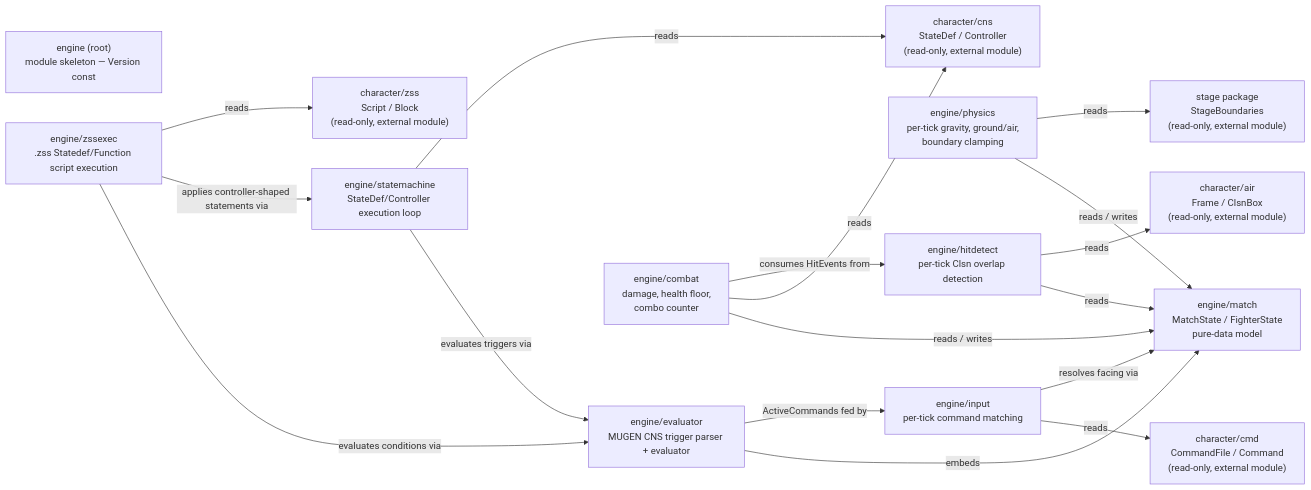
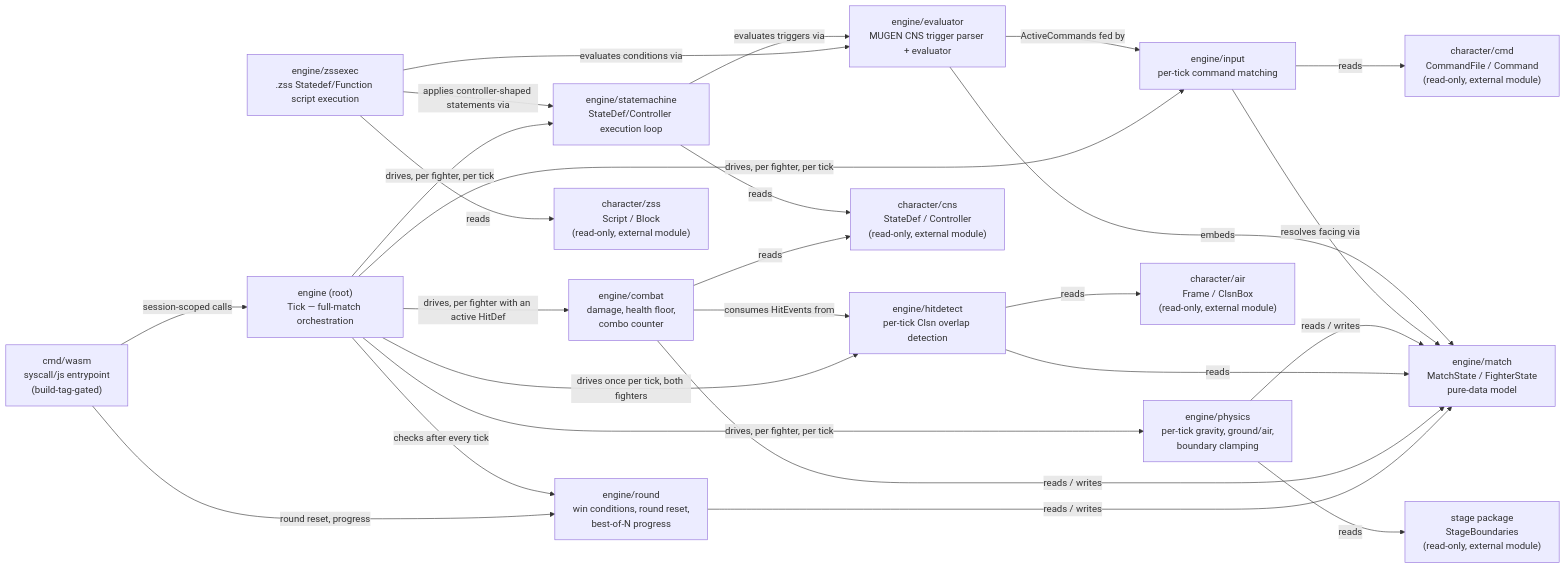
One commit to openkakutou/engine changed the first of 2 diagrams in docs/architecture.md. Above: the diagram before and after it, drawn with Mermaid. The commit also changed other lines of this file and 21 other files, not shown here.

First line of the commit message:
feat: implement round/match flow, WASM entrypoint, and fixture-driven integration test

````diff
--- a/docs/architecture.md
+++ b/docs/architecture.md
@@ -7,34 +7,45 @@
 ```mermaid
 graph LR
-    root["engine (root)<br/>module skeleton — Version const"]
+    root["engine (root)<br/>Tick — full-match orchestration"]
     match["engine/match<br/>MatchState / FighterState<br/>pure-data model"]
     evaluator["engine/evaluator<br/>MUGEN CNS trigger parser + evaluator"]
     statemachine["engine/statemachine<br/>StateDef/Controller execution loop"]
     zssexec["engine/zssexec<br/>.zss Statedef/Function script execution"]
     inputpkg["engine/input<br/>per-tick command matching"]
     physicspkg["engine/physics<br/>per-tick gravity, ground/air,<br/>boundary clamping"]
     hitdetectpkg["engine/hitdetect<br/>per-tick Clsn overlap detection"]
     combatpkg["engine/combat<br/>damage, health floor,<br/>combo counter"]
+    roundpkg["engine/round<br/>win conditions, round reset,<br/>best-of-N progress"]
+    wasm["cmd/wasm<br/>syscall/js entrypoint<br/>(build-tag-gated)"]
     cns["character/cns<br/>StateDef / Controller<br/>(read-only, external module)"]
     cmd["character/cmd<br/>CommandFile / Command<br/>(read-only, external module)"]
     zss["character/zss<br/>Script / Block<br/>(read-only, external module)"]
     air["character/air<br/>Frame / ClsnBox<br/>(read-only, external module)"]
     stagepkg["stage package<br/>StageBoundaries<br/>(read-only, external module)"]
 
     evaluator -->|embeds| match
     statemachine -->|evaluates triggers via| evaluator
     statemachine -->|reads| cns
     zssexec -->|evaluates conditions via| evaluator
     zssexec -->|applies controller-shaped statements via| statemachine
     zssexec -->|reads| zss
     inputpkg -->|reads| cmd
     inputpkg -->|resolves facing via| match
     evaluator -->|ActiveCommands fed by| inputpkg
     physicspkg -->|reads / writes| match
     physicspkg -->|reads| stagepkg
     hitdetectpkg -->|reads| match
     hitdetectpkg -->|reads| air
     combatpkg -->|reads / writes| match
     combatpkg -->|reads| cns
     combatpkg -->|consumes HitEvents from| hitdetectpkg
+    roundpkg -->|reads / writes| match
+    root -->|drives, per fighter, per tick| inputpkg
+    root -->|drives, per fighter, per tick| statemachine
+    root -->|drives once per tick, both fighters| hitdetectpkg
+    root -->|drives, per fighter with an active HitDef| combatpkg
+    root -->|drives, per fighter, per tick| physicspkg
+    root -->|checks after every tick| roundpkg
+    wasm -->|session-scoped calls| root
+    wasm -->|round reset, progress| roundpkg
 ```
````
